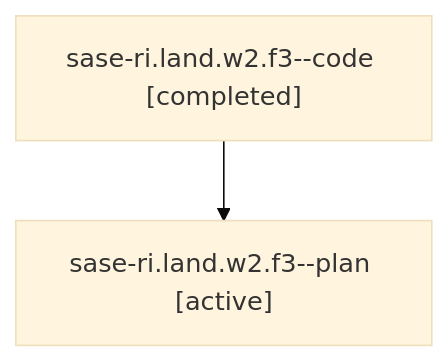
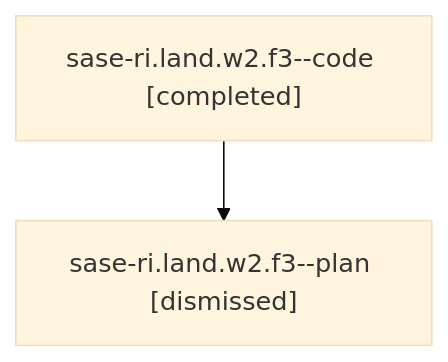
One commit to sase-org/sase--agents changed the diagram in sessions/bbugyi200.athena.sase-ri.land.w2.f3.md. Above: the diagram before and after it, drawn with Mermaid (base theme). The commit also changed other lines of this file and 159 other files, not shown here.

````diff
--- a/sessions/bbugyi200.athena.sase-ri.land.w2.f3.md
+++ b/sessions/bbugyi200.athena.sase-ri.land.w2.f3.md
@@ -9,6 +9,6 @@
 ```mermaid
 flowchart TD
   n0["sase-ri.land.w2.f3--code [completed]"]
-  n1["sase-ri.land.w2.f3--plan [active]"]
+  n1["sase-ri.land.w2.f3--plan [dismissed]"]
   n0 --> n1
 ```
````
